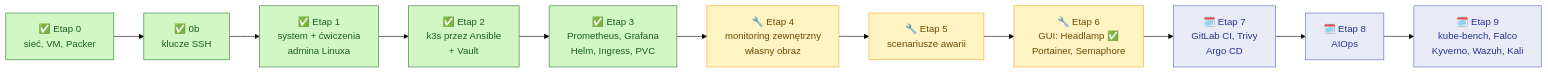
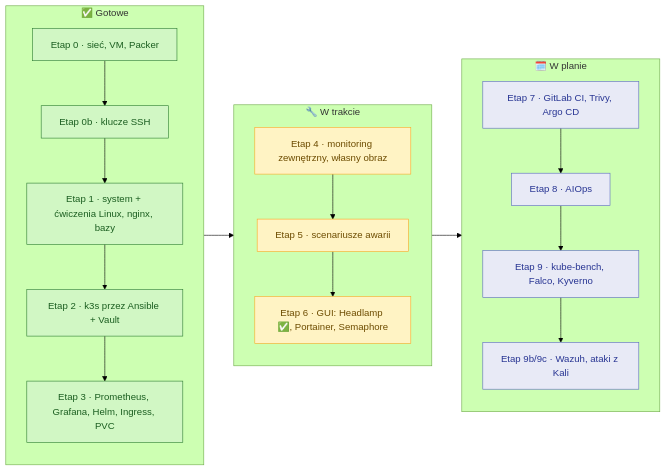
The second of 2 diagrams in README.md (programmingbygrzegorz/k3s-monitoring-lab), drawn with Mermaid (forest theme) before and after one commit. The commit also changed other lines of this file, not shown here.

Commit message:
README: czytelniejsze diagramy architektury i postępu

````diff
--- a/README.md
+++ b/README.md
@@ -94,20 +86,29 @@
 ```mermaid
 flowchart LR
-    e0["✅ Etap 0<br/>sieć, VM, Packer"] --> e0b["✅ 0b<br/>klucze SSH"]
-    e0b --> e1["✅ Etap 1<br/>system + ćwiczenia<br/>admina Linuxa"]
-    e1 --> e2["✅ Etap 2<br/>k3s przez Ansible<br/>+ Vault"]
-    e2 --> e3["✅ Etap 3<br/>Prometheus, Grafana<br/>Helm, Ingress, PVC"]
-    e3 --> e4["🔧 Etap 4<br/>monitoring zewnętrzny<br/>własny obraz"]
-    e4 --> e5["🔧 Etap 5<br/>scenariusze awarii"]
-    e5 --> e6["🔧 Etap 6<br/>GUI: Headlamp ✅<br/>Portainer, Semaphore"]
-    e6 --> e7["🗓️ Etap 7<br/>GitLab CI, Trivy<br/>Argo CD"]
-    e7 --> e8["🗓️ Etap 8<br/>AIOps"]
-    e8 --> e9["🗓️ Etap 9<br/>kube-bench, Falco<br/>Kyverno, Wazuh, Kali"]
+    subgraph done["✅ Gotowe"]
+        direction TB
+        e0["Etap 0 · sieć, VM, Packer"] --> e0b["Etap 0b · klucze SSH"]
+        e0b --> e1["Etap 1 · system + ćwiczenia Linux, nginx, bazy"]
+        e1 --> e2["Etap 2 · k3s przez Ansible + Vault"]
+        e2 --> e3["Etap 3 · Prometheus, Grafana, Helm, Ingress, PVC"]
+    end
+    subgraph wip["🔧 W trakcie"]
+        direction TB
+        e4["Etap 4 · monitoring zewnętrzny, własny obraz"] --> e5["Etap 5 · scenariusze awarii"]
+        e5 --> e6["Etap 6 · GUI: Headlamp ✅, Portainer, Semaphore"]
+    end
+    subgraph plan["🗓️ W planie"]
+        direction TB
+        e7["Etap 7 · GitLab CI, Trivy, Argo CD"] --> e8["Etap 8 · AIOps"]
+        e8 --> e9["Etap 9 · kube-bench, Falco, Kyverno"]
+        e9 --> e9b["Etap 9b/9c · Wazuh, ataki z Kali"]
+    end
+    done --> wip --> plan
 
-    classDef done fill:#d1f7c4,stroke:#2e7d32,color:#1b5e20
-    classDef wip fill:#fff3c4,stroke:#f9a825,color:#6d4c00
-    classDef plan fill:#e8eaf6,stroke:#5c6bc0,color:#283593
-    class e0,e0b,e1,e2,e3 done
-    class e4,e5,e6 wip
-    class e7,e8,e9 plan
+    classDef d fill:#d1f7c4,stroke:#2e7d32,color:#1b5e20
+    classDef w fill:#fff3c4,stroke:#f9a825,color:#6d4c00
+    classDef p fill:#e8eaf6,stroke:#5c6bc0,color:#283593
+    class e0,e0b,e1,e2,e3 d
+    class e4,e5,e6 w
+    class e7,e8,e9,e9b p
 ```
````
